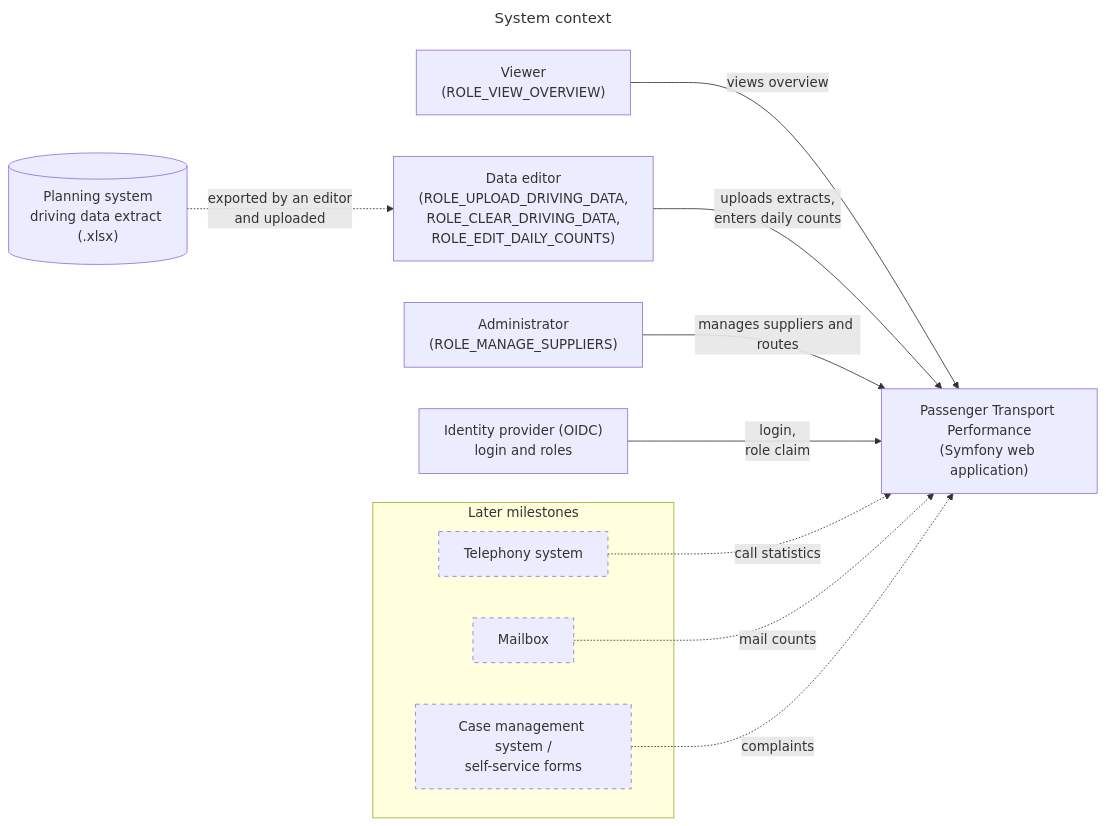
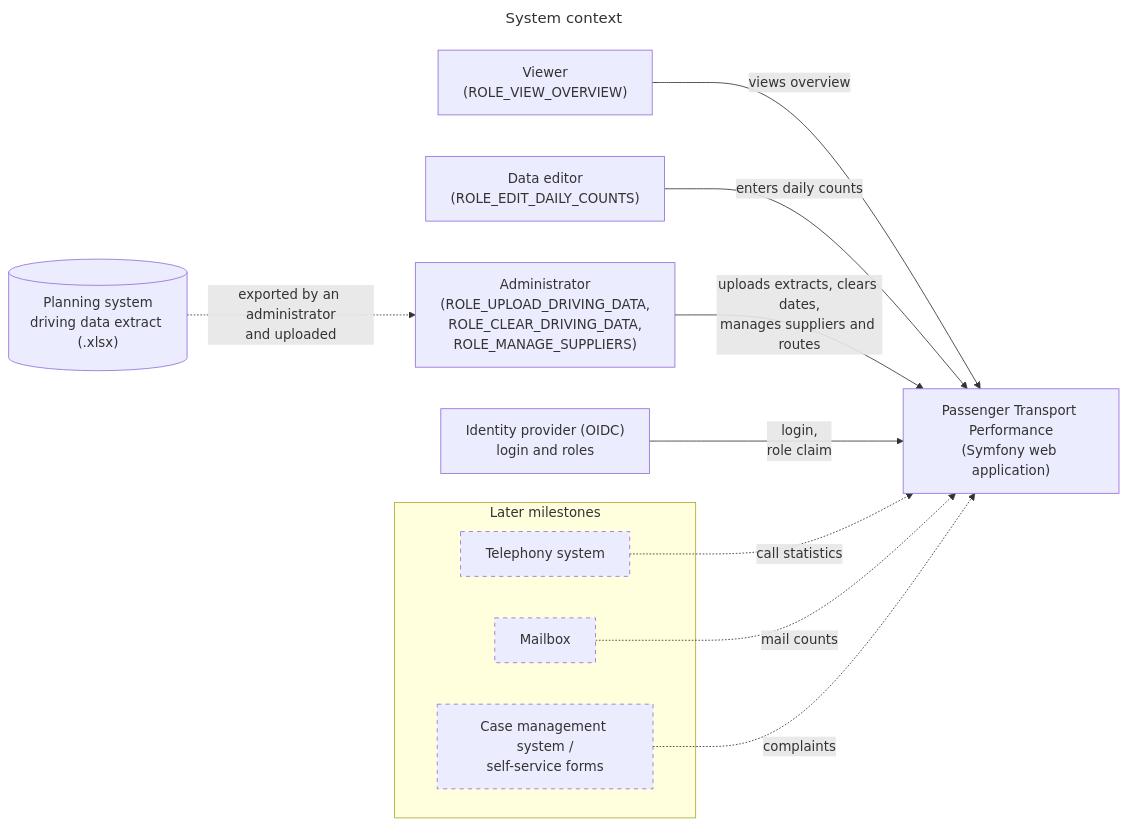
The diagram in docs/diagrams/context.mmd (itk-dev/koerselsoverblik), drawn with Mermaid before and after one commit. The commit also changed 7 other files, not shown here.

First line of the commit message:
docs: update the context, components, data model and upload diagrams

```diff
--- a/docs/diagrams/context.mmd
+++ b/docs/diagrams/context.mmd
@@ -1,31 +1,31 @@
 ---
 title: System context
 ---
 flowchart LR
     user["Viewer<br/>(ROLE_VIEW_OVERVIEW)"]
-    editor["Data editor<br/>(ROLE_UPLOAD_DRIVING_DATA,<br/>ROLE_CLEAR_DRIVING_DATA,<br/>ROLE_EDIT_DAILY_COUNTS)"]
-    admin["Administrator<br/>(ROLE_MANAGE_SUPPLIERS)"]
+    editor["Data editor<br/>(ROLE_EDIT_DAILY_COUNTS)"]
+    admin["Administrator<br/>(ROLE_UPLOAD_DRIVING_DATA,<br/>ROLE_CLEAR_DRIVING_DATA,<br/>ROLE_MANAGE_SUPPLIERS)"]
 
     app["Passenger Transport Performance<br/>(Symfony web application)"]
 
     planning[("Planning system<br/>driving data extract (.xlsx)")]
     idp["Identity provider (OIDC)<br/>login and roles"]
 
     subgraph later["Later milestones"]
         telephony["Telephony system"]
         mailbox["Mailbox"]
         cases["Case management system /<br/>self-service forms"]
     end
 
     user -- "views overview" --> app
-    editor -- "uploads extracts,<br/>enters daily counts" --> app
-    admin -- "manages suppliers and routes" --> app
-    planning -. "exported by an editor<br/>and uploaded" .-> editor
+    editor -- "enters daily counts" --> app
+    admin -- "uploads extracts, clears dates,<br/>manages suppliers and routes" --> app
+    planning -. "exported by an administrator<br/>and uploaded" .-> admin
     idp -- "login,<br/>role claim" --> app
 
     telephony -. "call statistics" .-> app
     mailbox -. "mail counts" .-> app
     cases -. "complaints" .-> app
 
     classDef future stroke-dasharray: 5 5
     class telephony,mailbox,cases future
```
